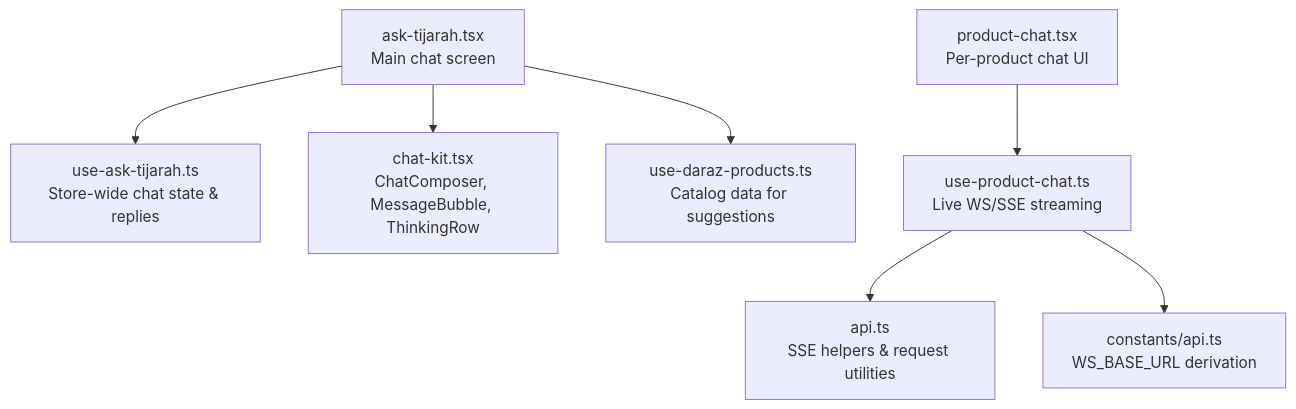
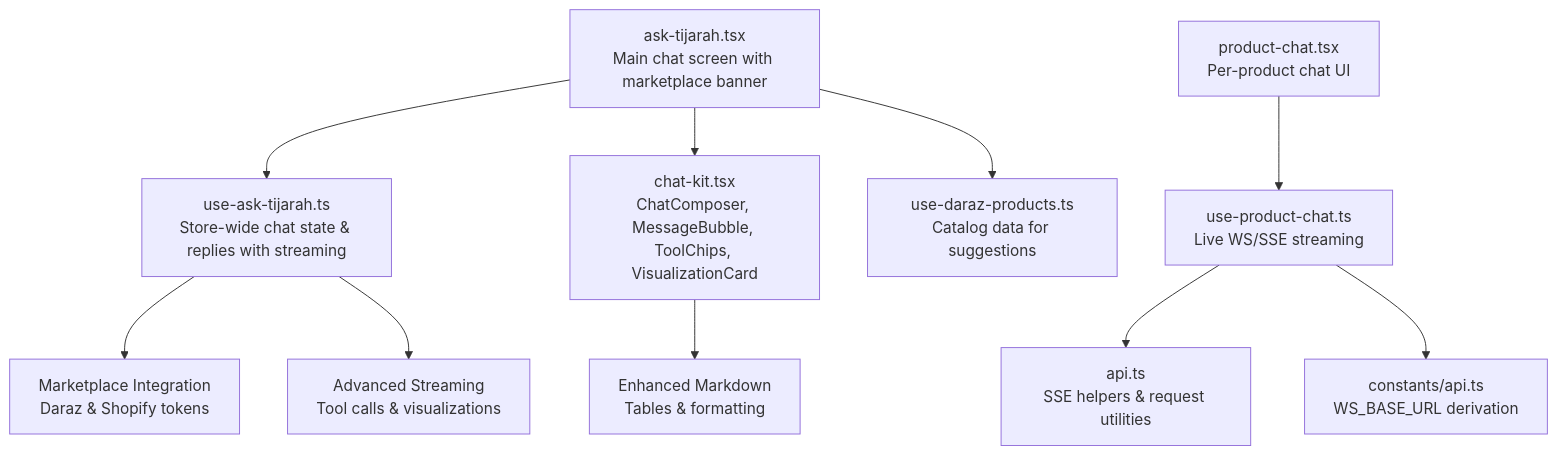
The first of 4 diagrams in .qoder/repowiki/en/content/AI-Powered Features/Ask Tijarah Chat Interface.md (Muhammad-Masood/tijarah-ai-app), drawn with Mermaid before and after one commit. The commit also changed other lines of this file and 9 other files, not shown here.

````diff
--- a/.qoder/repowiki/en/content/AI-Powered Features/Ask Tijarah Chat Interface.md
+++ b/.qoder/repowiki/en/content/AI-Powered Features/Ask Tijarah Chat Interface.md
@@ -33,9 +42,12 @@
 ```mermaid
 graph TB
-A["ask-tijarah.tsx<br/>Main chat screen"] --> B["use-ask-tijarah.ts<br/>Store-wide chat state & replies"]
-A --> C["chat-kit.tsx<br/>ChatComposer, MessageBubble, ThinkingRow"]
+A["ask-tijarah.tsx<br/>Main chat screen with marketplace banner"] --> B["use-ask-tijarah.ts<br/>Store-wide chat state & replies with streaming"]
+A --> C["chat-kit.tsx<br/>ChatComposer, MessageBubble, ToolChips, VisualizationCard"]
 A --> D["use-daraz-products.ts<br/>Catalog data for suggestions"]
 E["product-chat.tsx<br/>Per-product chat UI"] --> F["use-product-chat.ts<br/>Live WS/SSE streaming"]
 F --> G["api.ts<br/>SSE helpers & request utilities"]
 F --> H["constants/api.ts<br/>WS_BASE_URL derivation"]
+B --> I["Marketplace Integration<br/>Daraz & Shopify tokens"]
+B --> J["Advanced Streaming<br/>Tool calls & visualizations"]
+C --> K["Enhanced Markdown<br/>Tables & formatting"]
 ```
````
